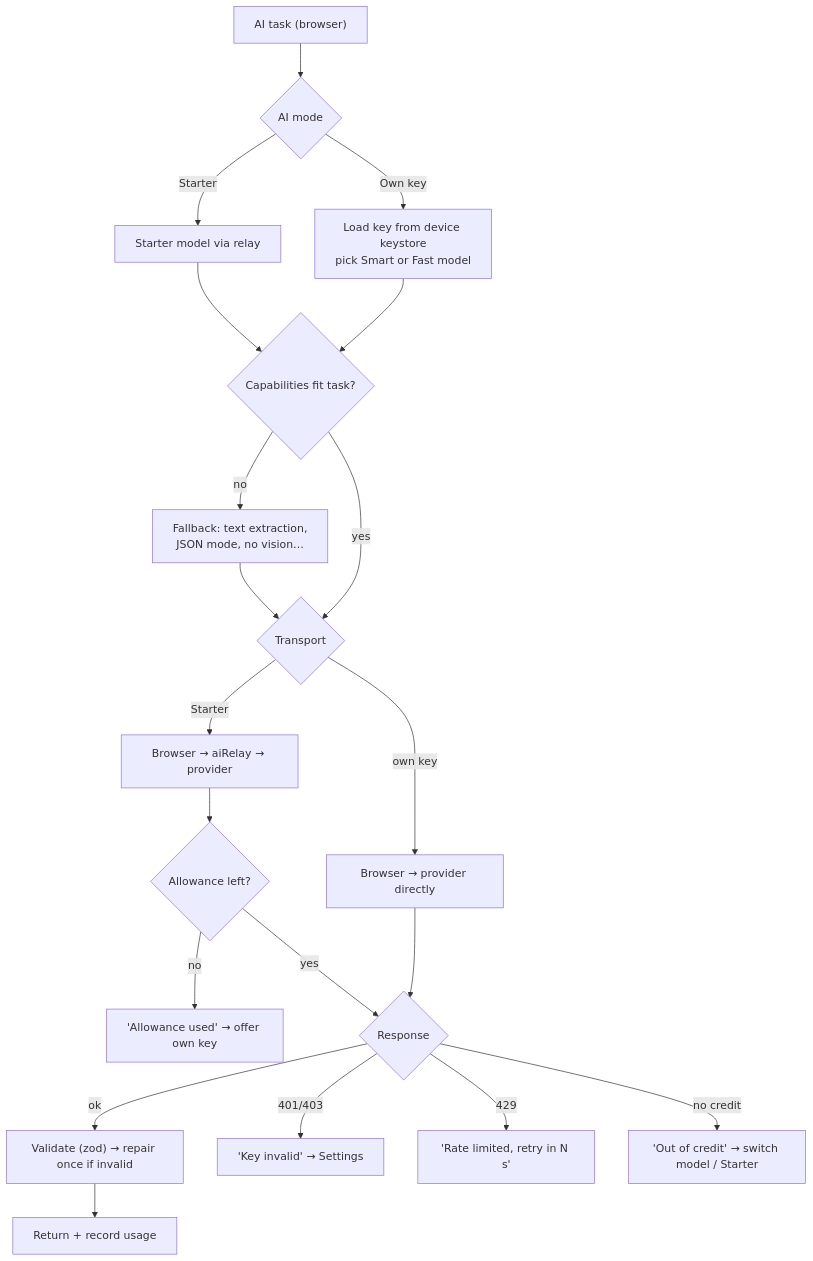
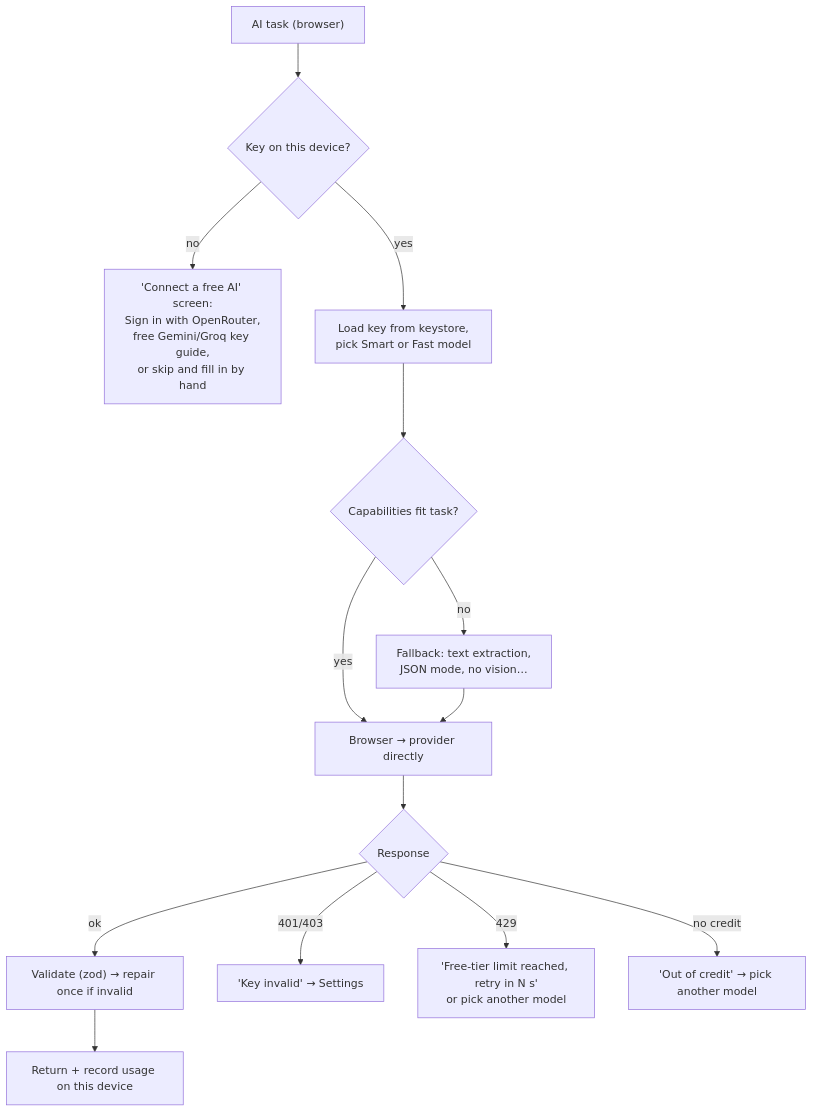
Before and after one commit to iamsanuponnulli-hue/PORTFOLIO-BUILDER: diagram 13 of 17 in docs/ARCHITECTURE.md, drawn with Mermaid. The commit also changed other lines of this file and 38 other files, not shown here.

````diff
--- a/docs/ARCHITECTURE.md
+++ b/docs/ARCHITECTURE.md
@@ -496,22 +483,16 @@
 ```mermaid
 flowchart TD
-  A["AI task (browser)"] --> B{"AI mode"}
-  B -- Own key --> E["Load key from device keystore<br/>pick Smart or Fast model"]
+  A["AI task (browser)"] --> K{"Key on this device?"}
+  K -- no --> C["'Connect a free AI' screen:<br/>Sign in with OpenRouter,<br/>free Gemini/Groq key guide,<br/>or skip and fill in by hand"]
+  K -- yes --> E["Load key from keystore,<br/>pick Smart or Fast model"]
   E --> F{"Capabilities fit task?"}
-  B -- Starter --> D["Starter model via relay"]
-  D --> F
   F -- no --> G["Fallback: text extraction,<br/>JSON mode, no vision…"]
-  F -- yes --> H{"Transport"}
+  F -- yes --> H["Browser → provider directly"]
   G --> H
-  H -- own key --> H1["Browser → provider directly"]
-  H -- Starter --> H2["Browser → aiRelay → provider"]
-  H2 --> Q{"Allowance left?"}
-  Q -- no --> Q1["'Allowance used' → offer own key"]
-  H1 --> I{"Response"}
-  Q -- yes --> I
+  H --> I{"Response"}
   I -- ok --> J["Validate (zod) → repair once if invalid"]
-  J --> M["Return + record usage"]
+  J --> M["Return + record usage on this device"]
   I -- 401/403 --> N["'Key invalid' → Settings"]
-  I -- 429 --> O["'Rate limited, retry in N s'"]
-  I -- no credit --> P["'Out of credit' → switch model / Starter"]
+  I -- 429 --> O["'Free-tier limit reached, retry in N s'<br/>or pick another model"]
+  I -- no credit --> P["'Out of credit' → pick another model"]
 ```
````
